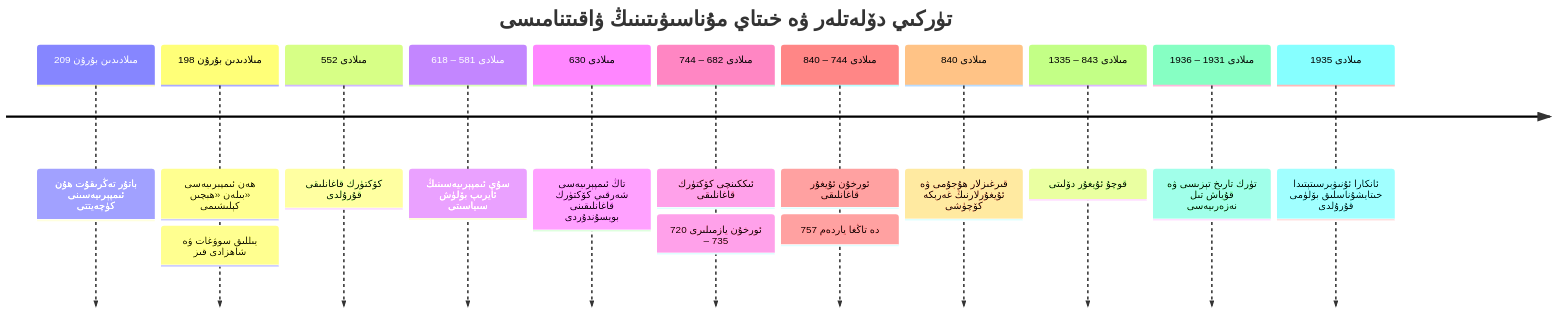
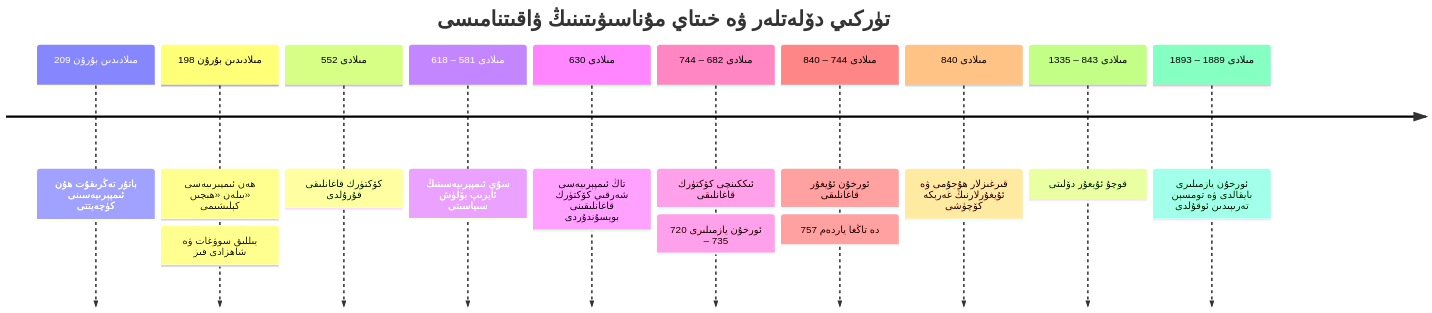
One commit to UyCoder/paydilar changed the fourth of 4 diagrams in _posts/2026-10-25-Turk-Tarix-Derislikliri-We-Xitay-Rewayiti-Reddiye.md. Above: the diagram before and after it, drawn with Mermaid. The commit also changed other lines of this file and 9 other files, not shown here.

Commit message:
feat: add RAND Geopolitics of AGI post with 8 images and 4 diagrams; rewrite Turkish textbook post to defend Turkey against Chinese propaganda

````diff
--- a/_posts/2026-10-25-Turk-Tarix-Derislikliri-We-Xitay-Rewayiti-Reddiye.md
+++ b/_posts/2026-10-25-Turk-Tarix-Derislikliri-We-Xitay-Rewayiti-Reddiye.md
@@ -173,15 +179,14 @@
 ```mermaid
 timeline
     title تۈركىي دۆلەتلەر ۋە خىتاي مۇناسىۋىتىنىڭ ۋاقىتنامىسى
     مىلادىدىن بۇرۇن 209 : باتۇر تەڭرىقۇت ھۇن ئىمپېرىيەسىنى كۈچەيتتى
     مىلادىدىن بۇرۇن 198 : ھەن ئىمپېرىيەسى بىلەن «ھېچىن» كېلىشىمى : يىللىق سوۋغات ۋە شاھزادى قىز
     مىلادى 552 : كۆكتۈرك قاغانلىقى قۇرۇلدى
     مىلادى 581 – 618 : سۇي ئىمپېرىيەسىنىڭ ئايرىپ بۆلۈش سىياسىتى
     مىلادى 630 : تاڭ ئىمپېرىيەسى شەرقىي كۆكتۈرك قاغانلىقىنى بويسۇندۇردى
     مىلادى 682 – 744 : ئىككىنچى كۆكتۈرك قاغانلىقى : ئورخۇن يازمىلىرى 720 – 735
     مىلادى 744 – 840 : ئورخۇن ئۇيغۇر قاغانلىقى : 757 دە تاڭغا ياردەم
     مىلادى 840 : قىرغىزلار ھۇجۇمى ۋە ئۇيغۇرلارنىڭ غەربكە كۆچۈشى
     مىلادى 843 – 1335 : قوچۇ ئۇيغۇر دۆلىتى
-    مىلادى 1931 – 1936 : تۈرك تارىخ تېزىسى ۋە قۇياش تىل نەزەرىيەسى
-    مىلادى 1935 : ئانكارا ئۇنىۋېرسىتېتىدا خىتايشۇناسلىق بۆلۈمى قۇرۇلدى
+    مىلادى 1889 – 1893 : ئورخۇن يازمىلىرى بايقالدى ۋە تومسېن تەرىپىدىن ئوقۇلدى
 ```
````
